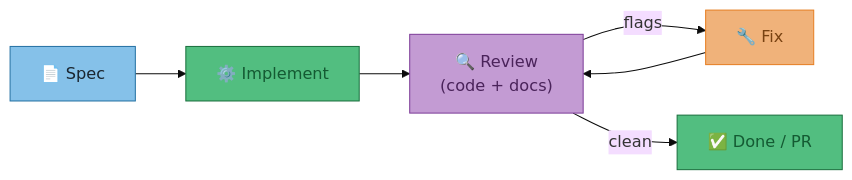
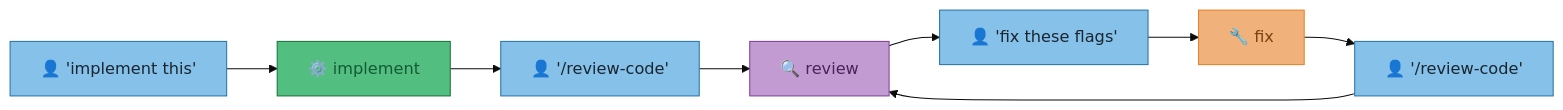
The first of 5 diagrams in docs/appendix/adr/001-claude-code-orchestration.md (joeledwardson/dev-setup), drawn with Mermaid (base theme) before and after one commit. The commit also changed other lines of this file and 1 other file, not shown here.

````diff
--- a/docs/appendix/adr/001-claude-code-orchestration.md
+++ b/docs/appendix/adr/001-claude-code-orchestration.md
@@ -12,14 +14,18 @@
 ```mermaid
 flowchart LR
-    S["📄 Spec"] --> I["⚙️ Implement"]
-    I --> R["🔍 Review\n(code + docs)"]
-    R -->|flags| F["🔧 Fix"]
-    F --> R
-    R -->|clean| D["✅ Done / PR"]
+    H1["👤 'implement this'"] --> I["⚙️ implement"]
+    I --> H2["👤 '/review-code'"]
+    H2 --> R["🔍 review"]
+    R --> H3["👤 'fix these flags'"]
+    H3 --> F["🔧 fix"]
+    F --> H4["👤 '/review-code'"]
+    H4 --> R
 
-    style S fill:#85c1e9,color:#1a252f,stroke:#2471a3
+    style H1 fill:#85c1e9,color:#1a252f,stroke:#2471a3
+    style H2 fill:#85c1e9,color:#1a252f,stroke:#2471a3
+    style H3 fill:#85c1e9,color:#1a252f,stroke:#2471a3
+    style H4 fill:#85c1e9,color:#1a252f,stroke:#2471a3
     style I fill:#52be80,color:#145a32,stroke:#196f3d
     style R fill:#c39bd3,color:#4a235a,stroke:#7d3c98
     style F fill:#f0b27a,color:#784212,stroke:#e67e22
-    style D fill:#52be80,color:#145a32,stroke:#196f3d
 ```
````
